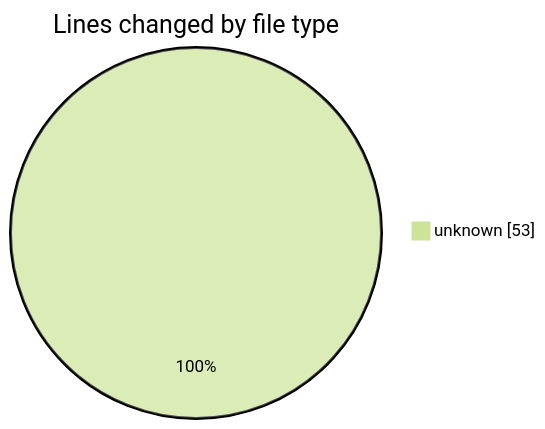
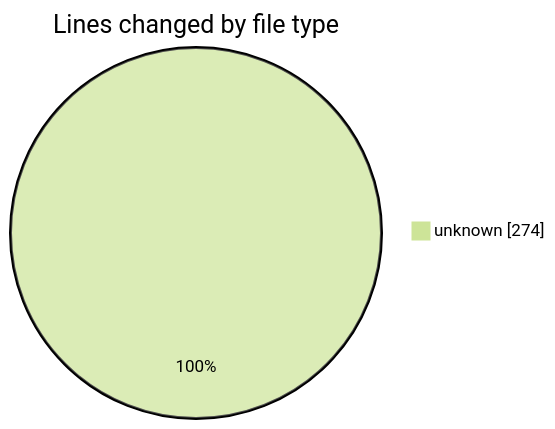
One commit to CELIANVF/code-tracking changed the first of 2 diagrams in 2025-06-13/ecodeli-1/README.md. Above: the diagram before and after it, drawn with Mermaid (forest theme). The commit also changed other lines of this file and 1 other file, not shown here.

````diff
--- a/2025-06-13/ecodeli-1/README.md
+++ b/2025-06-13/ecodeli-1/README.md
@@ -20,5 +20,5 @@
 ```mermaid
 pie showData
 title Lines changed by file type
-"unknown" : 53
+"unknown" : 274
 ```
````
